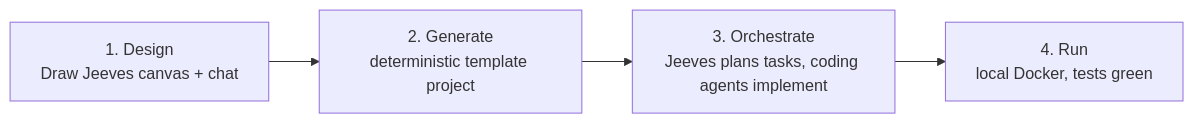
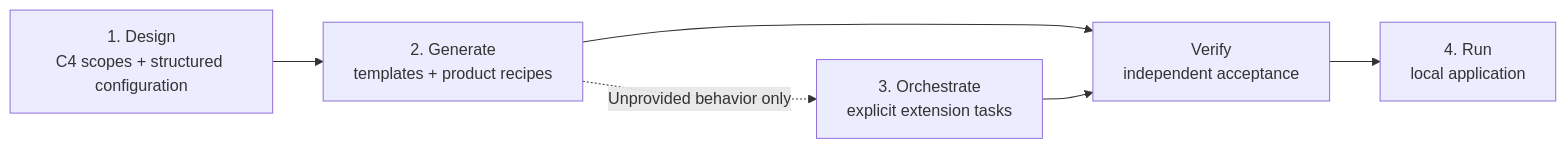
One commit to ashfordhill/jeeves changed the diagram in PLAN.md. Above: the diagram before and after it, drawn with Mermaid. The commit also changed other lines of this file and 36 other files, not shown here.

Commit message:
P20: add intentional C4 views and structured product configuration

````diff
--- a/PLAN.md
+++ b/PLAN.md
@@ -22,6 +22,8 @@
 ```mermaid
 flowchart LR
-    Design["1. Design<br/>Draw Jeeves canvas + chat"] --> Generate["2. Generate<br/>deterministic template project"]
-    Generate --> Orchestrate["3. Orchestrate<br/>Jeeves plans tasks, coding agents implement"]
-    Orchestrate --> Run["4. Run<br/>local Docker, tests green"]
+    Design["1. Design<br/>C4 scopes + structured configuration"] --> Generate["2. Generate<br/>templates + product recipes"]
+    Generate --> Verify["Verify<br/>independent acceptance"]
+    Generate -. "Unprovided behavior only" .-> Orchestrate["3. Orchestrate<br/>explicit extension tasks"]
+    Orchestrate --> Verify
+    Verify --> Run["4. Run<br/>local application"]
 ```
````
